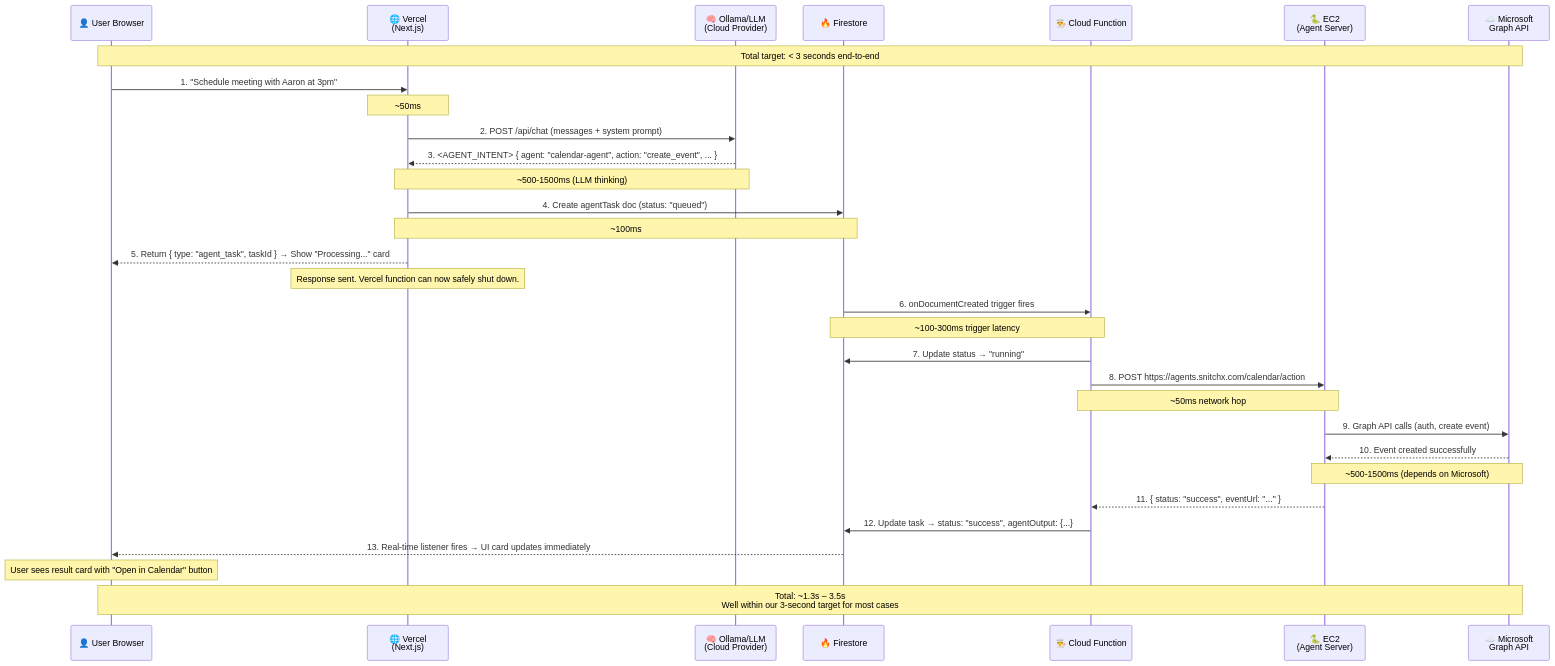
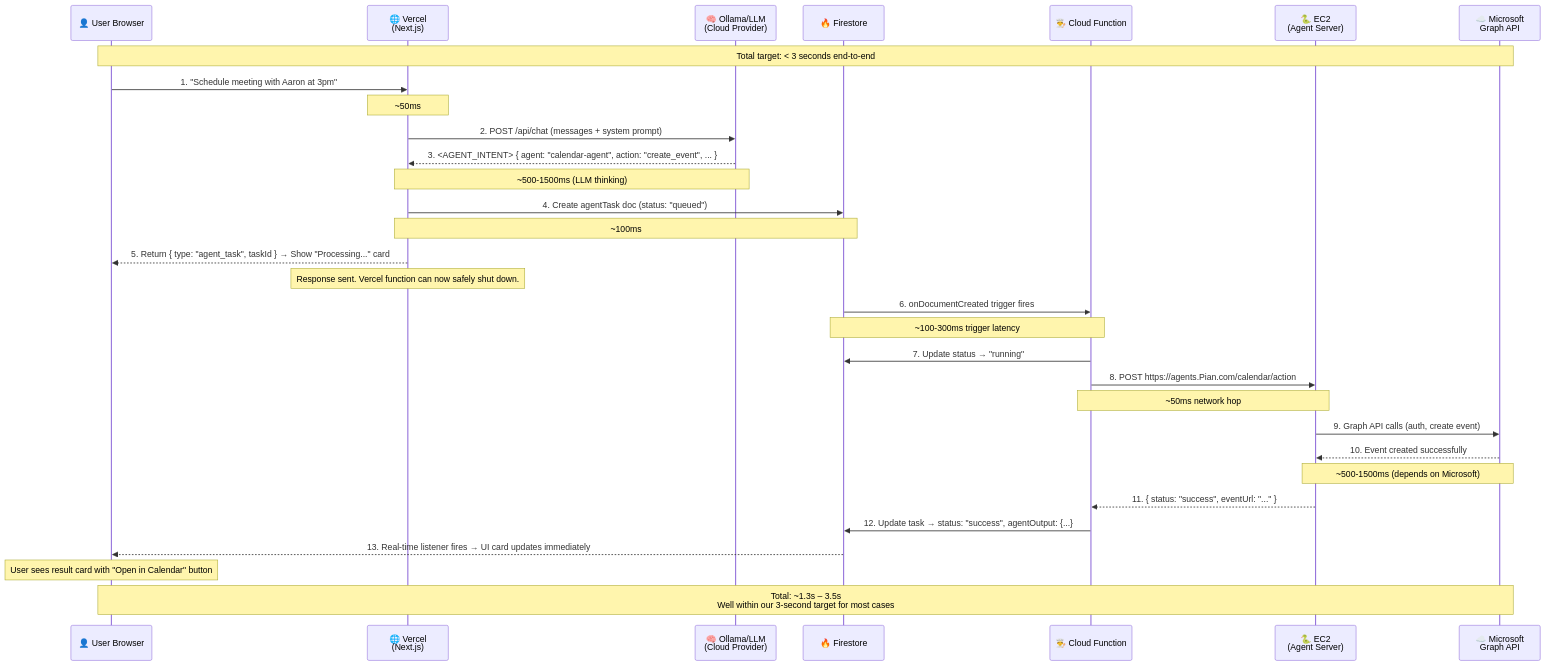
The fifth of 9 diagrams in ai-everyone/Documentation/production_plan.md (AyushGahtori/SaaS-ai), drawn with Mermaid before and after one commit. The commit also changed other lines of this file and 47 other files, not shown here.

````diff
--- a/ai-everyone/Documentation/production_plan.md
+++ b/ai-everyone/Documentation/production_plan.md
@@ -329,44 +329,44 @@
 ```mermaid
 sequenceDiagram
     participant U as 👤 User Browser
     participant V as 🌐 Vercel<br/>(Next.js)
     participant O as 🧠 Ollama/LLM<br/>(Cloud Provider)
     participant FS as 🔥 Firestore
     participant CF as 👨‍🍳 Cloud Function
     participant EC2 as 🐍 EC2<br/>(Agent Server)
     participant API as ☁️ Microsoft<br/>Graph API
 
     Note over U,API: Total target: < 3 seconds end-to-end
 
     U->>V: 1. "Schedule meeting with Aaron at 3pm"
     Note over V: ~50ms
 
     V->>O: 2. POST /api/chat (messages + system prompt)
     O-->>V: 3. <AGENT_INTENT> { agent: "calendar-agent", action: "create_event", ... }
     Note over V,O: ~500-1500ms (LLM thinking)
 
     V->>FS: 4. Create agentTask doc (status: "queued")
     Note over V,FS: ~100ms
 
     V-->>U: 5. Return { type: "agent_task", taskId } → Show "Processing..." card
     Note over V: Response sent. Vercel function can now safely shut down.
 
     FS->>CF: 6. onDocumentCreated trigger fires
     Note over FS,CF: ~100-300ms trigger latency
 
     CF->>FS: 7. Update status → "running"
-    CF->>EC2: 8. POST https://agents.snitchx.com/calendar/action
+    CF->>EC2: 8. POST https://agents.Pian.com/calendar/action
     Note over CF,EC2: ~50ms network hop
 
     EC2->>API: 9. Graph API calls (auth, create event)
     API-->>EC2: 10. Event created successfully
     Note over EC2,API: ~500-1500ms (depends on Microsoft)
 
     EC2-->>CF: 11. { status: "success", eventUrl: "..." }
     CF->>FS: 12. Update task → status: "success", agentOutput: {...}
 
     FS-->>U: 13. Real-time listener fires → UI card updates immediately
     Note over U: User sees result card with "Open in Calendar" button
 
     Note over U,API: Total: ~1.3s – 3.5s<br/>Well within our 3-second target for most cases
 ```
````
